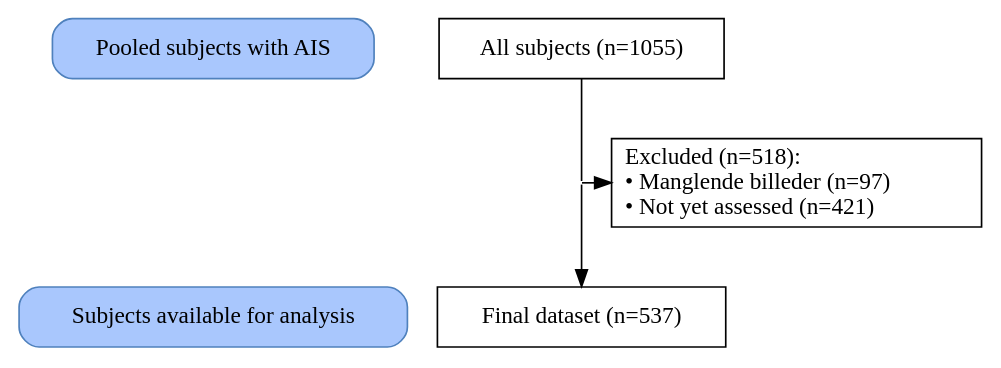
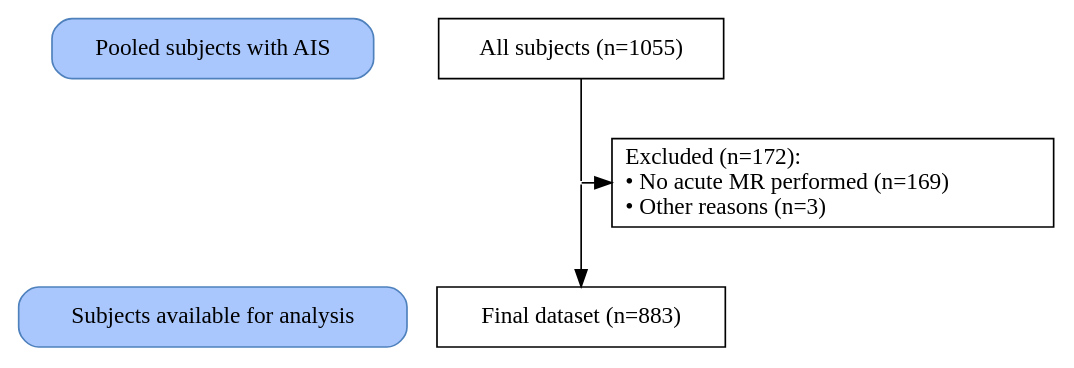
The diagram in images/flow.dot (agdamsbo/svd-modification), drawn with Graphviz before and after one commit. The commit also changed 121 other files, not shown here.

```diff
--- a/images/flow.dot
+++ b/images/flow.dot
@@ -1,45 +1,45 @@
 digraph consort_diagram {
   graph [layout = dot]
 
 node [shape = rectangle, style = "rounded,filled", fillcolor = "#A9C7FD" color = "#4F81BD"]
 label4 [label = "Pooled subjects with AIS"]
 label5 [label = "Subjects available for analysis"]
 
 
 edge[style=invis];
 label4 -> label5;
 
 
 # node definitions with substituted label text
   node [shape = rectangle, fillcolor = Biege, style="", fillcolor = "", color = ""]
 
 node1 [label = "All subjects (n=1055)"]
-node2 [label = "Excluded (n=518):\l• Manglende billeder (n=97)\l• Not yet assessed (n=421)\l"]
-node3 [label = "Final dataset (n=537)"]
+node2 [label = "Excluded (n=172):\l• No acute MR performed (n=169)\l• Other reasons (n=3)\l"]
+node3 [label = "Final dataset (n=883)"]
 
 
 ## Invisible point node for joints
 
 node [shape = point, width = 0]
 
 P1
 
 subgraph {
   rank = same; rankdir = LR; label4;  node1;
   }
 subgraph {
   rank = same; rankdir = LR; P1; node2;
   }
 subgraph {
   rank = same; rankdir = LR; label5; node3;
   }
 
 edge[style=""];
 
 node1 -> P1 [arrowhead = none];
 P1 -> node2;
 P1 -> node3;
 
 
 
 }
```
